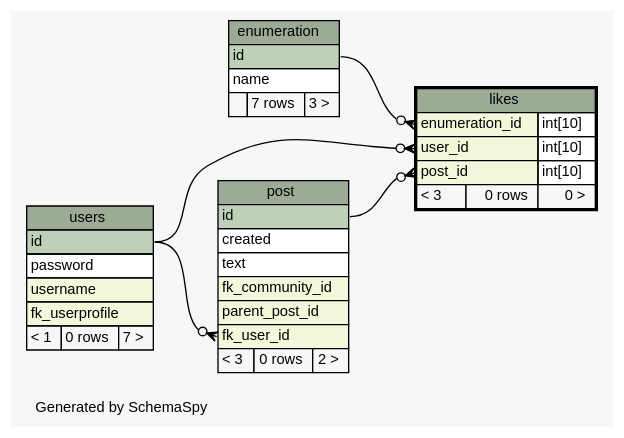
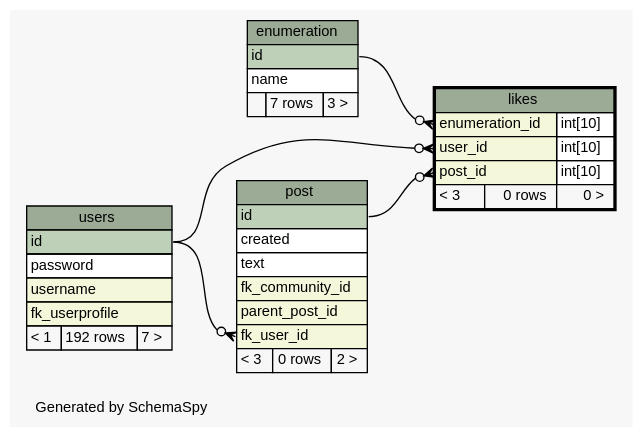
One commit to chr-krenn/chr-krenn-fhj-ws2017-sd17-pse changed the diagram in doc/db_schema/diagrams/likes.1degree.dot. Above: the diagram before and after it, drawn with Graphviz. The commit also changed 72 other files, not shown here.

```diff
--- a/doc/db_schema/diagrams/likes.1degree.dot
+++ b/doc/db_schema/diagrams/likes.1degree.dot
@@ -1,77 +1,77 @@
 // dot 2.40.1 on Linux 4.12.5-300.fc26.x86_64
 // SchemaSpy rev 590
 digraph "oneDegreeRelationshipsDiagram" {
   graph [
     rankdir="RL"
     bgcolor="#f7f7f7"
     label="\nGenerated by SchemaSpy"
     labeljust="l"
     nodesep="0.18"
     ranksep="0.46"
     fontname="Helvetica"
     fontsize="11"
   ];
   node [
     fontname="Helvetica"
     fontsize="11"
     shape="plaintext"
   ];
   edge [
     arrowsize="0.8"
   ];
   "likes":"enumeration_id":w -> "enumeration":"id":e [arrowhead=none dir=back arrowtail=crowodot];
   "likes":"post_id":w -> "post":"id":e [arrowhead=none dir=back arrowtail=crowodot];
   "likes":"user_id":w -> "users":"id":e [arrowhead=none dir=back arrowtail=crowodot];
   "post":"fk_user_id":w -> "users":"id":e [arrowhead=none dir=back arrowtail=crowodot];
   "enumeration" [
     label=<
     <TABLE BORDER="0" CELLBORDER="1" CELLSPACING="0" BGCOLOR="#ffffff">
       <TR><TD COLSPAN="3" BGCOLOR="#9bab96" ALIGN="CENTER">enumeration</TD></TR>
       <TR><TD PORT="id" COLSPAN="3" BGCOLOR="#bed1b8" ALIGN="LEFT">id</TD></TR>
       <TR><TD PORT="name" COLSPAN="3" ALIGN="LEFT">name</TD></TR>
       <TR><TD ALIGN="LEFT" BGCOLOR="#f7f7f7">  </TD><TD ALIGN="RIGHT" BGCOLOR="#f7f7f7">7 rows</TD><TD ALIGN="RIGHT" BGCOLOR="#f7f7f7">3 &gt;</TD></TR>
     </TABLE>>
     URL="enumeration.html"
     tooltip="enumeration"
   ];
   "likes" [
     label=<
     <TABLE BORDER="2" CELLBORDER="1" CELLSPACING="0" BGCOLOR="#ffffff">
       <TR><TD COLSPAN="3" BGCOLOR="#9bab96" ALIGN="CENTER">likes</TD></TR>
       <TR><TD PORT="enumeration_id" COLSPAN="2" BGCOLOR="#f4f7da" ALIGN="LEFT">enumeration_id</TD><TD PORT="enumeration_id.type" ALIGN="LEFT">int[10]</TD></TR>
       <TR><TD PORT="user_id" COLSPAN="2" BGCOLOR="#f4f7da" ALIGN="LEFT">user_id</TD><TD PORT="user_id.type" ALIGN="LEFT">int[10]</TD></TR>
       <TR><TD PORT="post_id" COLSPAN="2" BGCOLOR="#f4f7da" ALIGN="LEFT">post_id</TD><TD PORT="post_id.type" ALIGN="LEFT">int[10]</TD></TR>
       <TR><TD ALIGN="LEFT" BGCOLOR="#f7f7f7">&lt; 3</TD><TD ALIGN="RIGHT" BGCOLOR="#f7f7f7">0 rows</TD><TD ALIGN="RIGHT" BGCOLOR="#f7f7f7">0 &gt;</TD></TR>
     </TABLE>>
     URL="likes.html"
     tooltip="likes"
   ];
   "post" [
     label=<
     <TABLE BORDER="0" CELLBORDER="1" CELLSPACING="0" BGCOLOR="#ffffff">
       <TR><TD COLSPAN="3" BGCOLOR="#9bab96" ALIGN="CENTER">post</TD></TR>
       <TR><TD PORT="id" COLSPAN="3" BGCOLOR="#bed1b8" ALIGN="LEFT">id</TD></TR>
       <TR><TD PORT="created" COLSPAN="3" ALIGN="LEFT">created</TD></TR>
       <TR><TD PORT="text" COLSPAN="3" ALIGN="LEFT">text</TD></TR>
       <TR><TD PORT="fk_community_id" COLSPAN="3" BGCOLOR="#f4f7da" ALIGN="LEFT">fk_community_id</TD></TR>
       <TR><TD PORT="parent_post_id" COLSPAN="3" BGCOLOR="#f4f7da" ALIGN="LEFT">parent_post_id</TD></TR>
       <TR><TD PORT="fk_user_id" COLSPAN="3" BGCOLOR="#f4f7da" ALIGN="LEFT">fk_user_id</TD></TR>
       <TR><TD ALIGN="LEFT" BGCOLOR="#f7f7f7">&lt; 3</TD><TD ALIGN="RIGHT" BGCOLOR="#f7f7f7">0 rows</TD><TD ALIGN="RIGHT" BGCOLOR="#f7f7f7">2 &gt;</TD></TR>
     </TABLE>>
     URL="post.html"
     tooltip="post"
   ];
   "users" [
     label=<
     <TABLE BORDER="0" CELLBORDER="1" CELLSPACING="0" BGCOLOR="#ffffff">
       <TR><TD COLSPAN="3" BGCOLOR="#9bab96" ALIGN="CENTER">users</TD></TR>
       <TR><TD PORT="id" COLSPAN="3" BGCOLOR="#bed1b8" ALIGN="LEFT">id</TD></TR>
       <TR><TD PORT="password" COLSPAN="3" ALIGN="LEFT">password</TD></TR>
       <TR><TD PORT="username" COLSPAN="3" BGCOLOR="#f4f7da" ALIGN="LEFT">username</TD></TR>
       <TR><TD PORT="fk_userprofile" COLSPAN="3" BGCOLOR="#f4f7da" ALIGN="LEFT">fk_userprofile</TD></TR>
-      <TR><TD ALIGN="LEFT" BGCOLOR="#f7f7f7">&lt; 1</TD><TD ALIGN="RIGHT" BGCOLOR="#f7f7f7">0 rows</TD><TD ALIGN="RIGHT" BGCOLOR="#f7f7f7">7 &gt;</TD></TR>
+      <TR><TD ALIGN="LEFT" BGCOLOR="#f7f7f7">&lt; 1</TD><TD ALIGN="RIGHT" BGCOLOR="#f7f7f7">192 rows</TD><TD ALIGN="RIGHT" BGCOLOR="#f7f7f7">7 &gt;</TD></TR>
     </TABLE>>
     URL="users.html"
     tooltip="users"
   ];
 }
```
